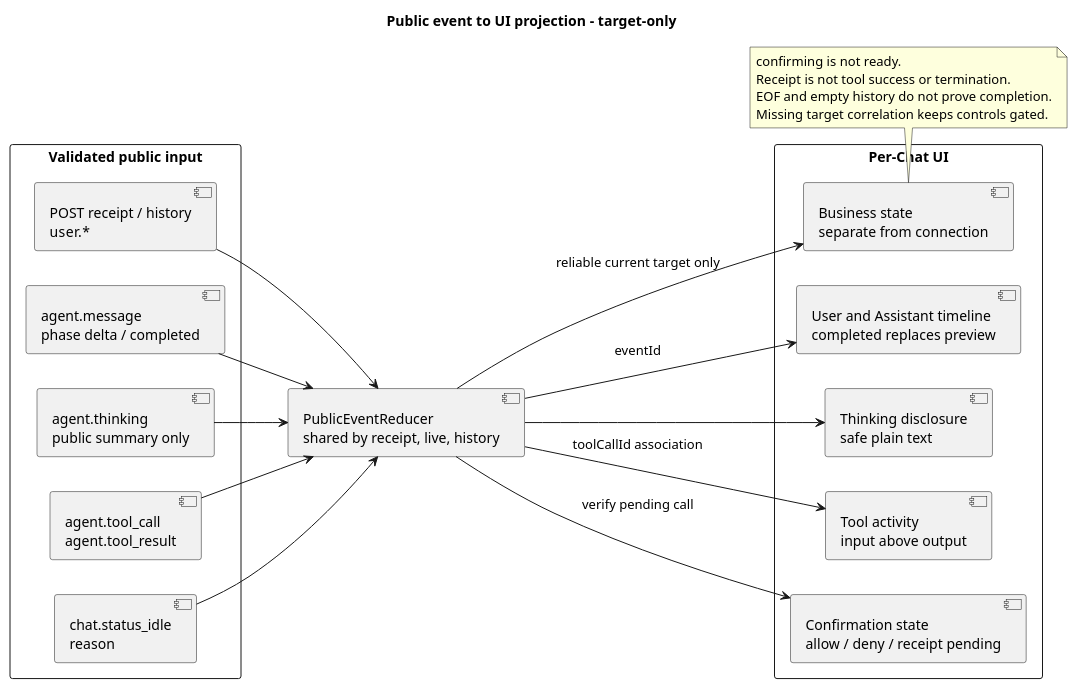
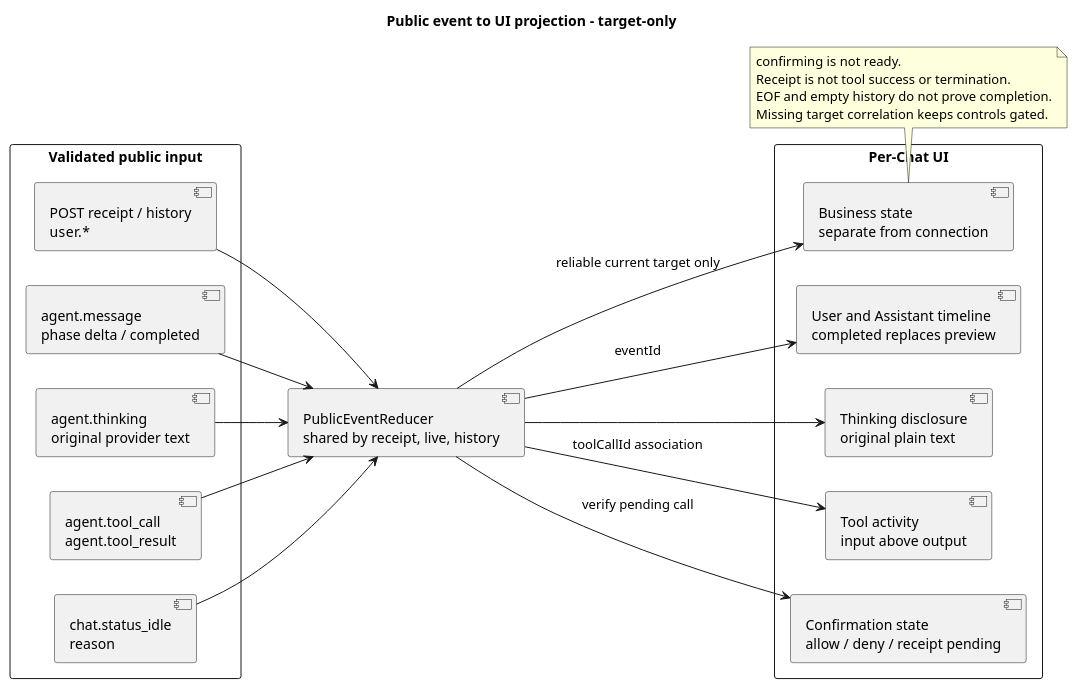
One commit to ssm0808/pi-mono-java-design changed the fourth of 6 diagrams in 01-总体架构/04-CampusClaw前端体验/diagram.puml. Above: the diagram before and after it, drawn with PlantUML. The commit also changed other lines of this file and 37 other files, not shown here.

```diff
--- a/01-总体架构/04-CampusClaw前端体验/diagram.puml
+++ b/01-总体架构/04-CampusClaw前端体验/diagram.puml
@@ -212,41 +212,41 @@
 @startuml runtime_event_ui_projection
-' Source baseline: pi-mono-java dfb90cac4e233e09a0b8f047f7e9f4682f5ad238.
+' Source baseline: pi-mono-java dfb90cac4e233e09a0b8f047f7e9f4682f5ad238. Thinking-only evidence: 4cc8dd86 frontend/src/components/ThinkingDisclosure.vue template; target user decision 2026-09-09 displays original text.
 ' Source evidence: frontend/src/projectors/runtimeEventProjector.ts projectRuntimeEvents, registerToolSpecs.
 ' Source evidence: frontend/src/components/ToolActivity.vue template; frontend/src/types/product.ts ActivityTurn.
 ' Observed behavior: legacy assistant/tool events, no confirmation UI, rich-text tool output.
 ' Target-only product projection follows the Mate public contract, not internal wire aliases.
 ' Design reason: shared reduction prevents duplicate messages and separates preview from authority.
 title Public event to UI projection - target-only
 left to right direction
 rectangle "Validated public input" {
   component "POST receipt / history\nuser.*" as UserEvents
   component "agent.message\nphase delta / completed" as Message
-  component "agent.thinking\npublic summary only" as Thinking
+  component "agent.thinking\noriginal provider text" as Thinking
   component "agent.tool_call\nagent.tool_result" as Tool
   component "chat.status_idle\nreason" as Idle
 }
 component "PublicEventReducer\nshared by receipt, live, history" as Reducer
 rectangle "Per-Chat UI" {
   component "User and Assistant timeline\ncompleted replaces preview" as Timeline
-  component "Thinking disclosure\nsafe plain text" as Summary
+  component "Thinking disclosure\noriginal plain text" as ThinkingView
   component "Tool activity\ninput above output" as Activity
   component "Confirmation state\nallow / deny / receipt pending" as Confirmation
   component "Business state\nseparate from connection" as State
 }
 UserEvents --> Reducer
 Message --> Reducer
 Thinking --> Reducer
 Tool --> Reducer
 Idle --> Reducer
 Reducer --> Timeline : eventId
-Reducer --> Summary
+Reducer --> ThinkingView
 Reducer --> Activity : toolCallId association
 Reducer --> Confirmation : verify pending call
 Reducer --> State : reliable current target only
 note bottom of State
 confirming is not ready.
 Receipt is not tool success or termination.
 EOF and empty history do not prove completion.
 Missing target correlation keeps controls gated.
 end note
 @enduml
```
